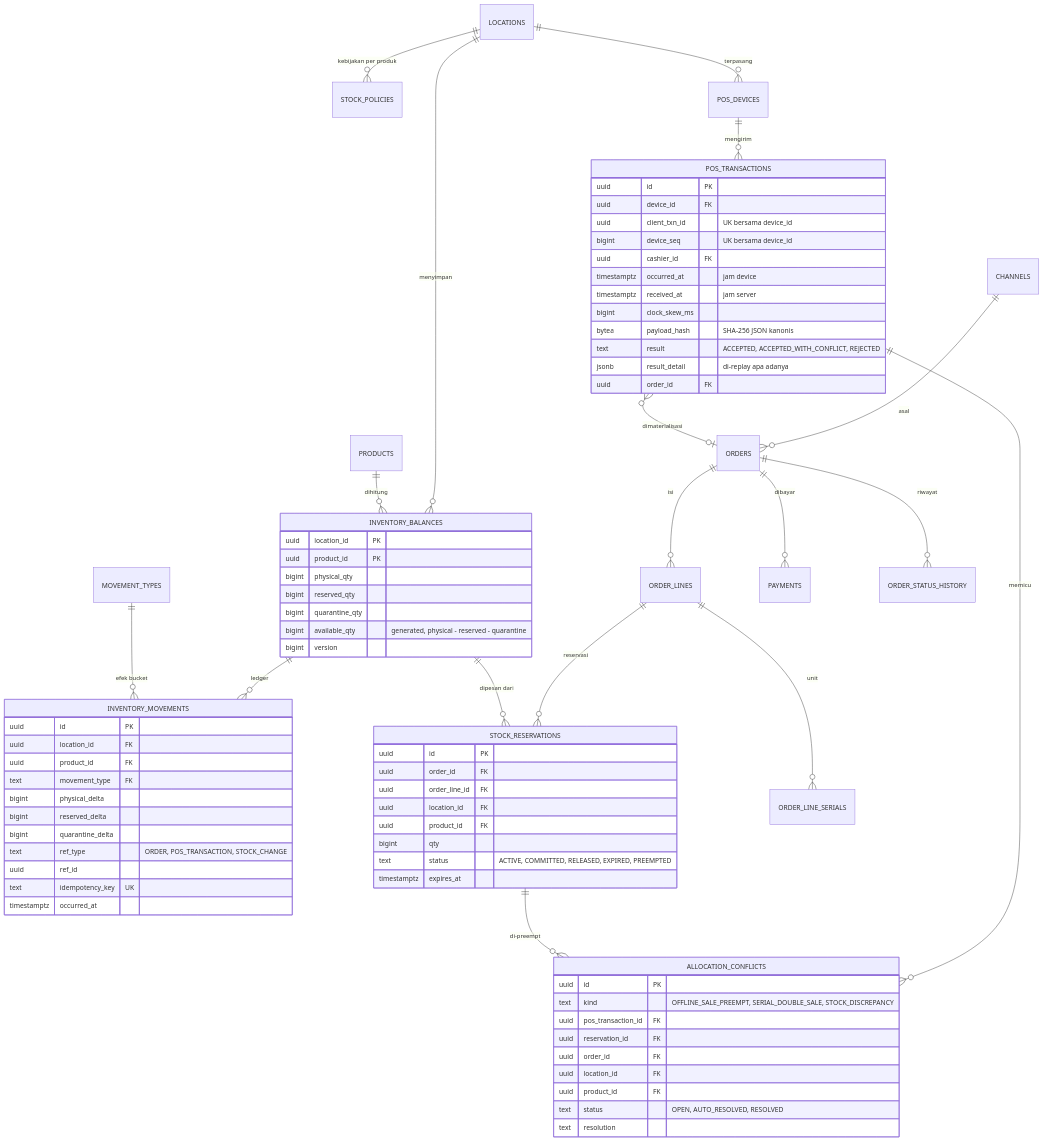
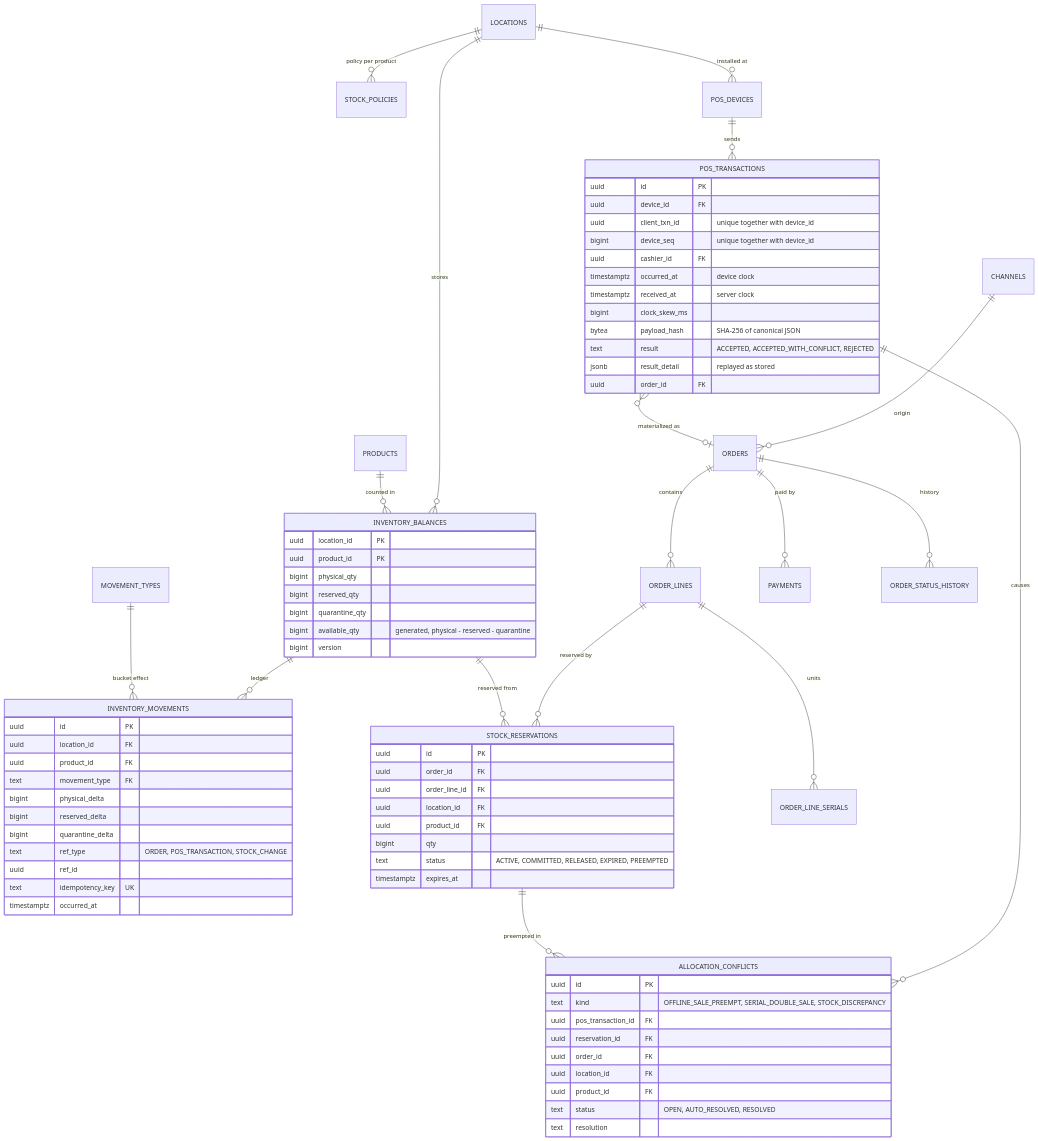
Before and after one commit to mydisha/mganik: the ninth of 9 diagrams in ARCHITECTURE.md, drawn with Mermaid. The commit also changed other lines of this file and 4 other files, not shown here.

````diff
--- a/ARCHITECTURE.md
+++ b/ARCHITECTURE.md
@@ -537,78 +547,78 @@
 ```mermaid
 erDiagram
-  LOCATIONS ||--o{ INVENTORY_BALANCES : "menyimpan"
-  PRODUCTS ||--o{ INVENTORY_BALANCES : "dihitung"
+  LOCATIONS ||--o{ INVENTORY_BALANCES : "stores"
+  PRODUCTS ||--o{ INVENTORY_BALANCES : "counted in"
   INVENTORY_BALANCES ||--o{ INVENTORY_MOVEMENTS : "ledger"
-  MOVEMENT_TYPES ||--o{ INVENTORY_MOVEMENTS : "efek bucket"
-  LOCATIONS ||--o{ STOCK_POLICIES : "kebijakan per produk"
-  CHANNELS ||--o{ ORDERS : "asal"
-  ORDERS ||--o{ ORDER_LINES : "isi"
-  ORDER_LINES ||--o{ STOCK_RESERVATIONS : "reservasi"
-  INVENTORY_BALANCES ||--o{ STOCK_RESERVATIONS : "dipesan dari"
-  ORDER_LINES ||--o{ ORDER_LINE_SERIALS : "unit"
-  ORDERS ||--o{ PAYMENTS : "dibayar"
-  ORDERS ||--o{ ORDER_STATUS_HISTORY : "riwayat"
-  LOCATIONS ||--o{ POS_DEVICES : "terpasang"
-  POS_DEVICES ||--o{ POS_TRANSACTIONS : "mengirim"
-  POS_TRANSACTIONS }o--o| ORDERS : "dimaterialisasi"
-  POS_TRANSACTIONS ||--o{ ALLOCATION_CONFLICTS : "memicu"
-  STOCK_RESERVATIONS ||--o{ ALLOCATION_CONFLICTS : "di-preempt"
+  MOVEMENT_TYPES ||--o{ INVENTORY_MOVEMENTS : "bucket effect"
+  LOCATIONS ||--o{ STOCK_POLICIES : "policy per product"
+  CHANNELS ||--o{ ORDERS : "origin"
+  ORDERS ||--o{ ORDER_LINES : "contains"
+  ORDER_LINES ||--o{ STOCK_RESERVATIONS : "reserved by"
+  INVENTORY_BALANCES ||--o{ STOCK_RESERVATIONS : "reserved from"
+  ORDER_LINES ||--o{ ORDER_LINE_SERIALS : "units"
+  ORDERS ||--o{ PAYMENTS : "paid by"
+  ORDERS ||--o{ ORDER_STATUS_HISTORY : "history"
+  LOCATIONS ||--o{ POS_DEVICES : "installed at"
+  POS_DEVICES ||--o{ POS_TRANSACTIONS : "sends"
+  POS_TRANSACTIONS }o--o| ORDERS : "materialized as"
+  POS_TRANSACTIONS ||--o{ ALLOCATION_CONFLICTS : "causes"
+  STOCK_RESERVATIONS ||--o{ ALLOCATION_CONFLICTS : "preempted in"
 
   INVENTORY_BALANCES {
     uuid location_id PK
     uuid product_id PK
     bigint physical_qty
     bigint reserved_qty
     bigint quarantine_qty
     bigint available_qty "generated, physical - reserved - quarantine"
     bigint version
   }
   INVENTORY_MOVEMENTS {
     uuid id PK
     uuid location_id FK
     uuid product_id FK
     text movement_type FK
     bigint physical_delta
     bigint reserved_delta
     bigint quarantine_delta
     text ref_type "ORDER, POS_TRANSACTION, STOCK_CHANGE"
     uuid ref_id
     text idempotency_key UK
     timestamptz occurred_at
   }
   STOCK_RESERVATIONS {
     uuid id PK
     uuid order_id FK
     uuid order_line_id FK
     uuid location_id FK
     uuid product_id FK
     bigint qty
     text status "ACTIVE, COMMITTED, RELEASED, EXPIRED, PREEMPTED"
     timestamptz expires_at
   }
   POS_TRANSACTIONS {
     uuid id PK
     uuid device_id FK
-    uuid client_txn_id "UK bersama device_id"
-    bigint device_seq "UK bersama device_id"
+    uuid client_txn_id "unique together with device_id"
+    bigint device_seq "unique together with device_id"
     uuid cashier_id FK
-    timestamptz occurred_at "jam device"
-    timestamptz received_at "jam server"
+    timestamptz occurred_at "device clock"
+    timestamptz received_at "server clock"
     bigint clock_skew_ms
-    bytea payload_hash "SHA-256 JSON kanonis"
+    bytea payload_hash "SHA-256 of canonical JSON"
     text result "ACCEPTED, ACCEPTED_WITH_CONFLICT, REJECTED"
-    jsonb result_detail "di-replay apa adanya"
+    jsonb result_detail "replayed as stored"
     uuid order_id FK
   }
   ALLOCATION_CONFLICTS {
     uuid id PK
     text kind "OFFLINE_SALE_PREEMPT, SERIAL_DOUBLE_SALE, STOCK_DISCREPANCY"
     uuid pos_transaction_id FK
     uuid reservation_id FK
     uuid order_id FK
     uuid location_id FK
     uuid product_id FK
     text status "OPEN, AUTO_RESOLVED, RESOLVED"
     text resolution
   }
 ```
````
